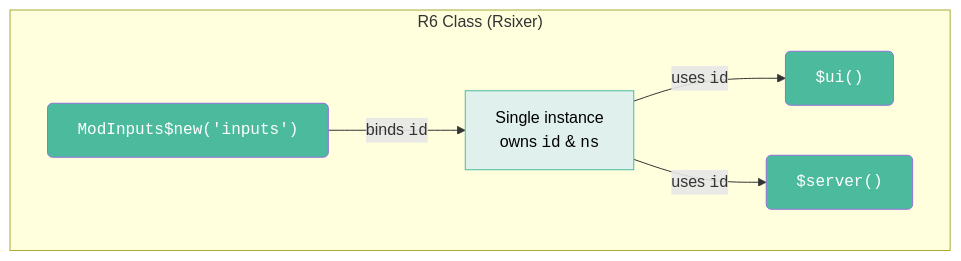
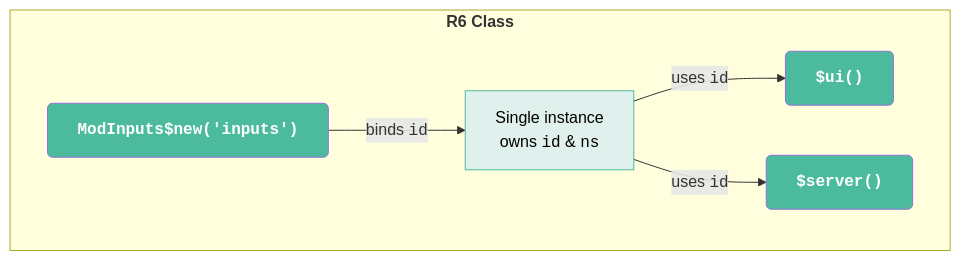
The second of 8 diagrams in posts/shiny-r6/index.qmd (mjfrigaard/mjfrigaard.github.io), drawn with Mermaid before and after one commit. The commit also changed other lines of this file and 23 other files, not shown here.

````diff
--- a/posts/shiny-r6/index.qmd
+++ b/posts/shiny-r6/index.qmd
@@ -223,27 +271,26 @@
 ```{mermaid}
 %%| eval: true
 %%| fig-align: 'center'
 %%| fig-caption: 'Module Architecture: R6'
 %%| echo: false
 %%{init: {'theme': 'base', 'themeVariables': { 'fontFamily': 'monospace', "darkMode":true}}}}%%
 
 
 flowchart TD
-    subgraph R6Based["R6 Class (Rsixer)"]
-        direction LR
-        New["ModInputs$new('inputs')"]
+    subgraph R6Based["<strong>R6 Class</strong>"]
+        New["<strong>ModInputs$new('inputs')</strong>"]
         Instance["Single instance<br/>owns <code>id</code> & <code>ns</code>"]
-        UiM["$ui()"]
-        ServM["$server()"]
+        UiM["<strong>$ui()</strong>"]
+        ServM["<strong>$server()</strong>"]
     end
 
     New -->|"binds <code>id</code>"| Instance
     Instance -->|"uses <code>id</code>"| UiM
     Instance -->|"uses <code>id</code>"| ServM
 
     style New fill:#4CBB9D,color:#FFFFFF,rx:5,ry:5,font-family:monospace
     style Instance fill:#E0F0ED,color:#000000,stroke:#4CBB9D
     style UiM fill:#4CBB9D,color:#FFFFFF,rx:5,ry:5,font-family:monospace
     style ServM fill:#4CBB9D,color:#FFFFFF,rx:5,ry:5,font-family:monospace
-    
+
 ```
````
